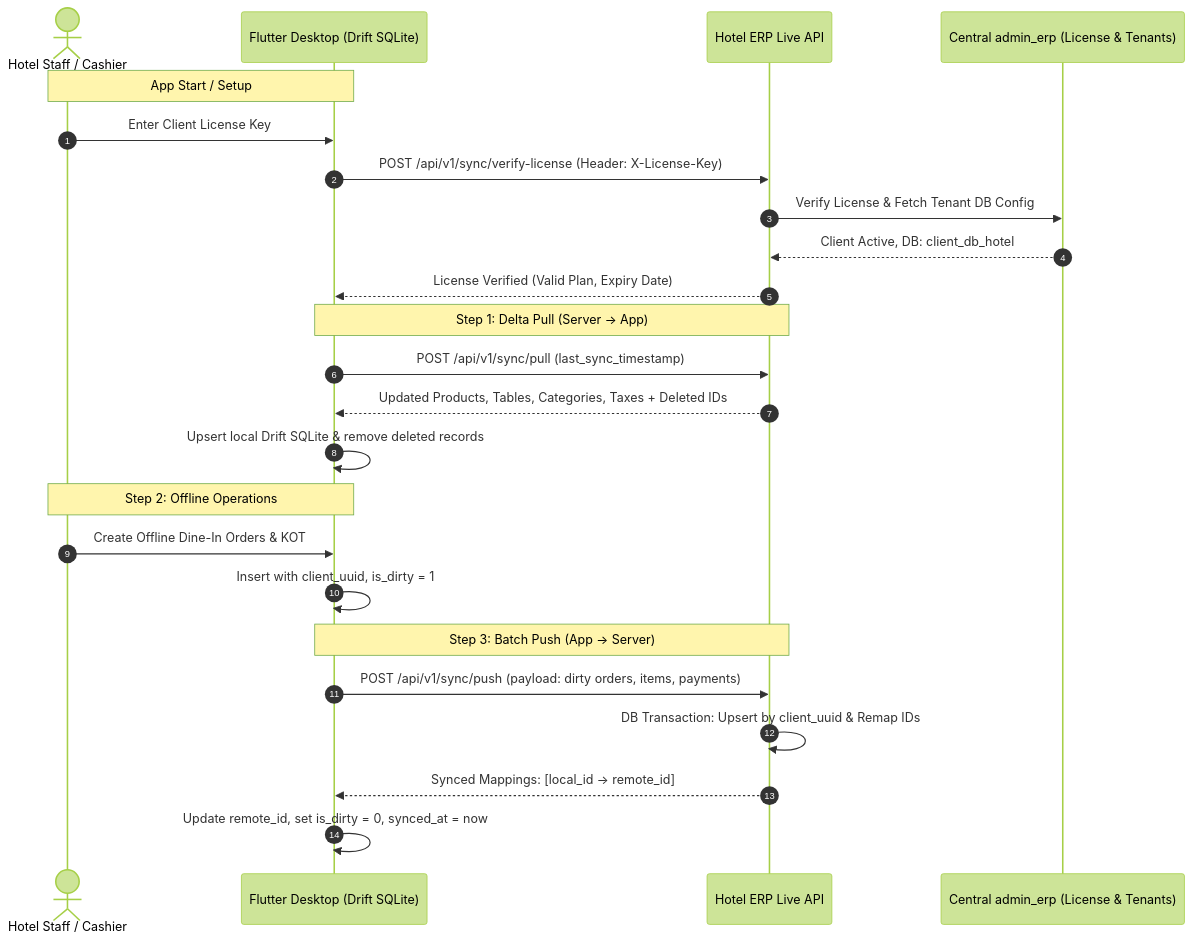
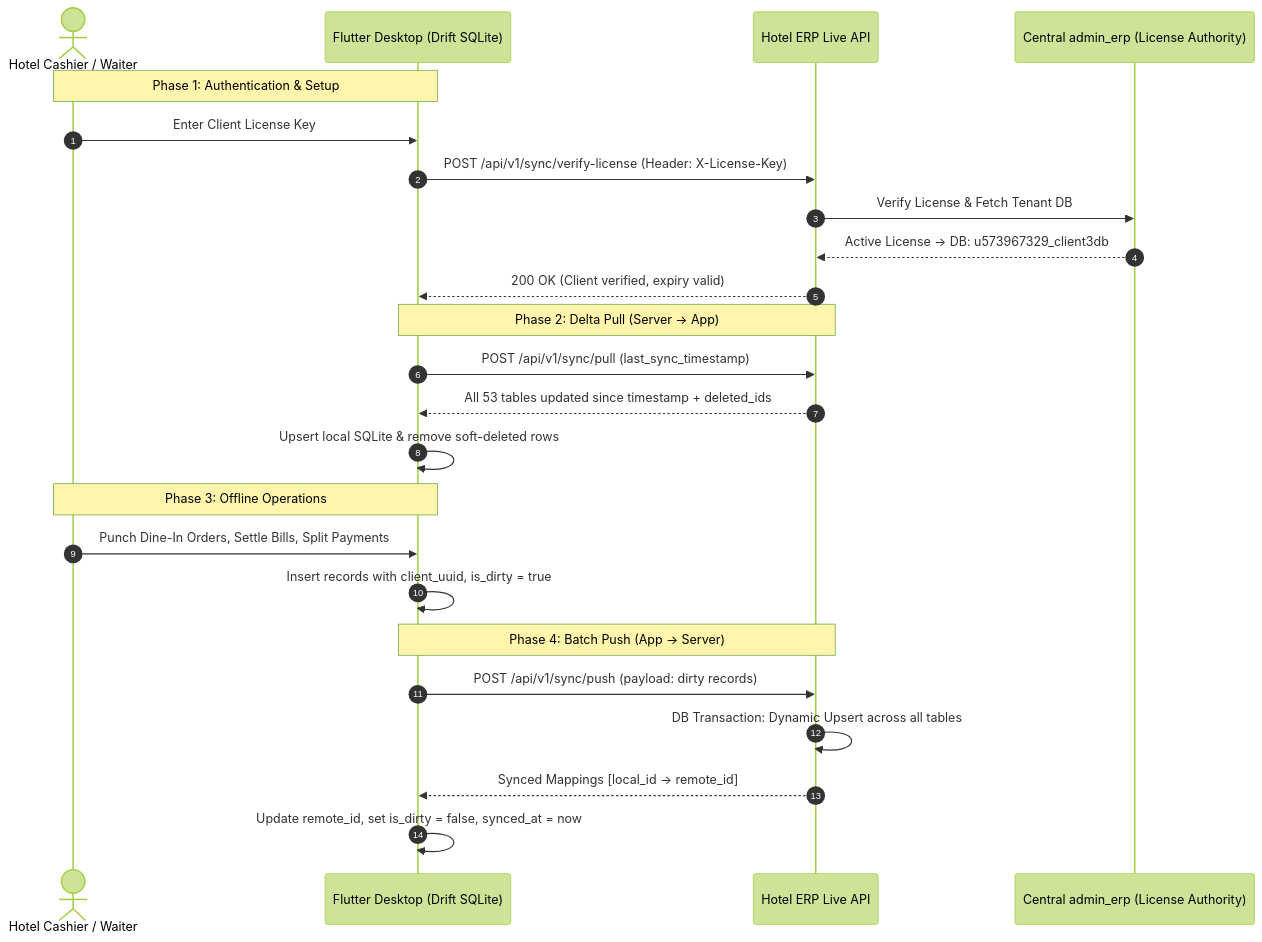
The diagram in FLUTTER_DRIFT_SYNC_GUIDE.md (disha-fableadd/hotel-erp-admin-product), drawn with Mermaid (forest theme) before and after one commit. The commit also changed other lines of this file and 2 other files, not shown here.

Commit message:
sync changes

````diff
--- a/FLUTTER_DRIFT_SYNC_GUIDE.md
+++ b/FLUTTER_DRIFT_SYNC_GUIDE.md
@@ -33,30 +42,30 @@
 ```mermaid
 sequenceDiagram
     autonumber
-    actor Cashier as Hotel Staff / Cashier
+    actor Staff as Hotel Cashier / Waiter
     participant Flutter as Flutter Desktop (Drift SQLite)
     participant Backend as Hotel ERP Live API
-    participant Admin as Central admin_erp (License & Tenants)
+    participant Admin as Central admin_erp (License Authority)
 
-    Note over Flutter,Cashier: App Start / Setup
-    Cashier->>Flutter: Enter Client License Key
+    Note over Flutter,Staff: Phase 1: Authentication & Setup
+    Staff->>Flutter: Enter Client License Key
     Flutter->>Backend: POST /api/v1/sync/verify-license (Header: X-License-Key)
-    Backend->>Admin: Verify License & Fetch Tenant DB Config
-    Admin-->>Backend: Client Active, DB: client_db_hotel
-    Backend-->>Flutter: License Verified (Valid Plan, Expiry Date)
+    Backend->>Admin: Verify License & Fetch Tenant DB
+    Admin-->>Backend: Active License -> DB: u573967329_client3db
+    Backend-->>Flutter: 200 OK (Client verified, expiry valid)
 
-    Note over Flutter,Backend: Step 1: Delta Pull (Server -> App)
+    Note over Flutter,Backend: Phase 2: Delta Pull (Server -> App)
     Flutter->>Backend: POST /api/v1/sync/pull (last_sync_timestamp)
-    Backend-->>Flutter: Updated Products, Tables, Categories, Taxes + Deleted IDs
-    Flutter->>Flutter: Upsert local Drift SQLite & remove deleted records
+    Backend-->>Flutter: All 53 tables updated since timestamp + deleted_ids
+    Flutter->>Flutter: Upsert local SQLite & remove soft-deleted rows
 
-    Note over Flutter,Cashier: Step 2: Offline Operations
-    Cashier->>Flutter: Create Offline Dine-In Orders & KOT
-    Flutter->>Flutter: Insert with client_uuid, is_dirty = 1
+    Note over Flutter,Staff: Phase 3: Offline Operations
+    Staff->>Flutter: Punch Dine-In Orders, Settle Bills, Split Payments
+    Flutter->>Flutter: Insert records with client_uuid, is_dirty = true
 
-    Note over Flutter,Backend: Step 3: Batch Push (App -> Server)
-    Flutter->>Backend: POST /api/v1/sync/push (payload: dirty orders, items, payments)
-    Backend->>Backend: DB Transaction: Upsert by client_uuid & Remap IDs
-    Backend-->>Flutter: Synced Mappings: [local_id -> remote_id]
-    Flutter->>Flutter: Update remote_id, set is_dirty = 0, synced_at = now
+    Note over Flutter,Backend: Phase 4: Batch Push (App -> Server)
+    Flutter->>Backend: POST /api/v1/sync/push (payload: dirty records)
+    Backend->>Backend: DB Transaction: Dynamic Upsert across all tables
+    Backend-->>Flutter: Synced Mappings [local_id -> remote_id]
+    Flutter->>Flutter: Update remote_id, set is_dirty = false, synced_at = now
 ```
````
